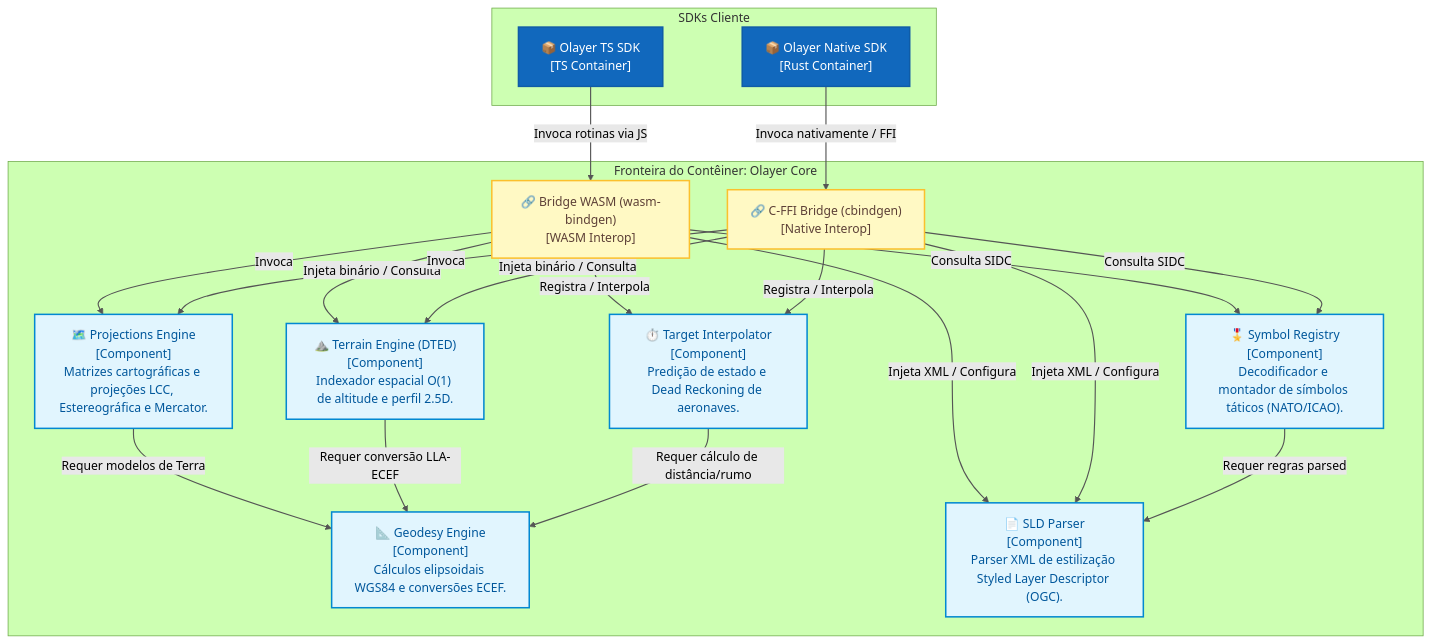
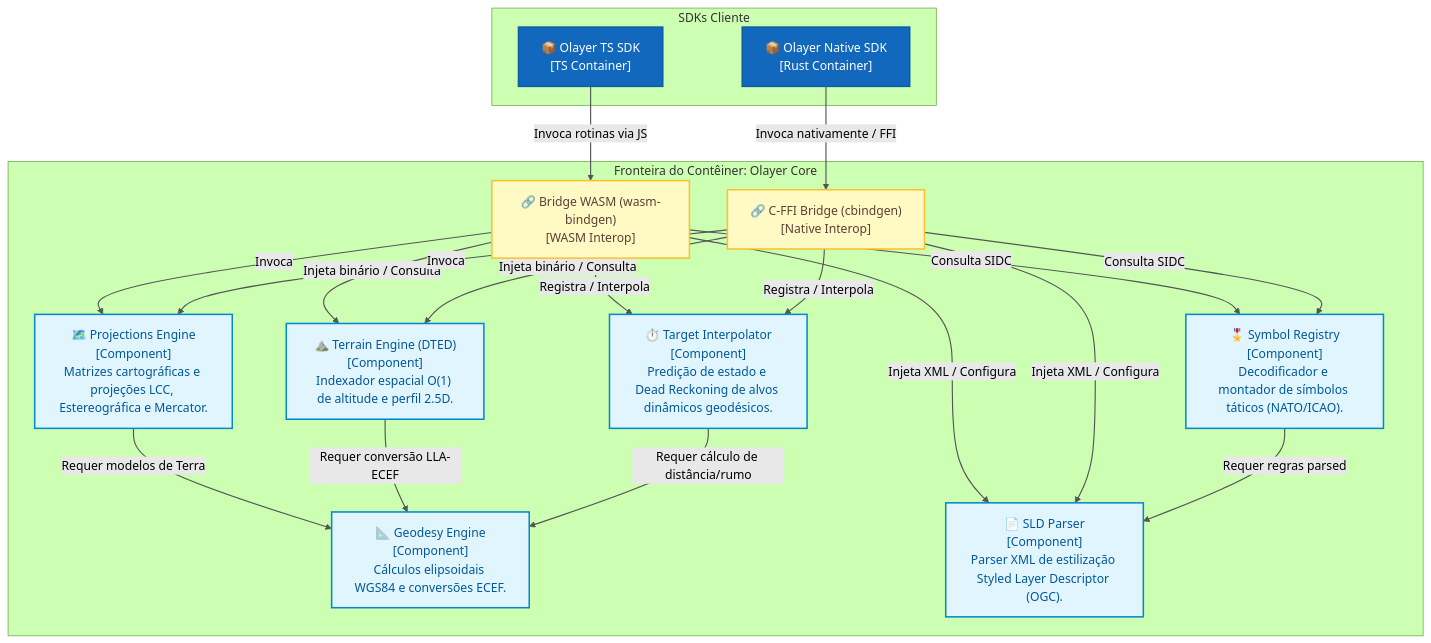
Before and after one commit to rodoni/olayer: the first of 3 diagrams in docs/core/components.md, drawn with Mermaid (forest theme). The commit also changed other lines of this file and 36 other files, not shown here.

Commit message:
Develop core::symbol_registry, core::interpolator and core::terrain

````diff
--- a/docs/core/components.md
+++ b/docs/core/components.md
@@ -12,55 +12,55 @@
 ```mermaid
 graph TB
     %% Estilos de nós do C4
     classDef external fill:#999999,stroke:#888888,color:#ffffff,stroke-width:2px;
     classDef container fill:#1168BD,stroke:#0f5ca7,color:#ffffff,stroke-width:2px;
     classDef component fill:#438DD5,stroke:#3b7cbd,color:#ffffff,stroke-width:2px;
     classDef bridge fill:#FFF9C4,stroke:#FBC02D,color:#5D4037,stroke-width:2px;
     classDef core fill:#E1F5FE,stroke:#0288D1,color:#01579B,stroke-width:2px;
 
     %% Elementos Externos/Outros Contêineres
     subgraph SDK_Layers ["SDKs Cliente"]
         ts_sdk["📦 Olayer TS SDK<br>[TS Container]"]:::container
         native_sdk["📦 Olayer Native SDK<br>[Rust Container]"]:::container
     end
 
     subgraph Olayer_Core_Container ["Fronteira do Contêiner: Olayer Core"]
         %% Interoperabilidade
         wasm_bridge["🔗 Bridge WASM (wasm-bindgen)<br>[WASM Interop]"]:::bridge
         ffi_bridge["🔗 C-FFI Bridge (cbindgen)<br>[Native Interop]"]:::bridge
 
         %% Componentes Internos
         geodesy["📐 Geodesy Engine<br>[Component]<br>Cálculos elipsoidais WGS84 e conversões ECEF."]:::core
         projections["🗺️ Projections Engine<br>[Component]<br>Matrizes cartográficas e projeções LCC, Estereográfica e Mercator."]:::core
         terrain["⛰️ Terrain Engine (DTED)<br>[Component]<br>Indexador espacial O(1) de altitude e perfil 2.5D."]:::core
         sld_parser["📄 SLD Parser<br>[Component]<br>Parser XML de estilização Styled Layer Descriptor (OGC)."]:::core
         symbol_registry["🎖️ Symbol Registry<br>[Component]<br>Decodificador e montador de símbolos táticos (NATO/ICAO)."]:::core
-        interpolator["⏱️ Target Interpolator<br>[Component]<br>Predição de estado e Dead Reckoning de aeronaves."]:::core
+        interpolator["⏱️ Target Interpolator<br>[Component]<br>Predição de estado e Dead Reckoning de alvos dinâmicos geodésicos."]:::core
     end
 
     %% Relacionamentos de Entrada
     ts_sdk -->|Invoca rotinas via JS| wasm_bridge
     native_sdk -->|Invoca nativamente / FFI| ffi_bridge
 
     %% Conexões da Bridge WASM
     wasm_bridge -->|Invoca| projections
     wasm_bridge -->|Injeta binário / Consulta| terrain
     wasm_bridge -->|Injeta XML / Configura| sld_parser
     wasm_bridge -->|Consulta SIDC| symbol_registry
     wasm_bridge -->|Registra / Interpola| interpolator
 
     %% Conexões da Bridge FFI
     ffi_bridge -->|Invoca| projections
     ffi_bridge -->|Injeta binário / Consulta| terrain
     ffi_bridge -->|Injeta XML / Configura| sld_parser
     ffi_bridge -->|Consulta SIDC| symbol_registry
     ffi_bridge -->|Registra / Interpola| interpolator
 
     %% Dependências Internas do Core
     projections -->|Requer modelos de Terra| geodesy
     terrain -->|Requer conversão LLA-ECEF| geodesy
     interpolator -->|Requer cálculo de distância/rumo| geodesy
     symbol_registry -->|Requer regras parsed| sld_parser
 
     linkStyle 0,1,2,3,4,5,6,7,8,9,10,11,12,13,14,15 stroke:#555,stroke-width:1.5px;
 ```
````
